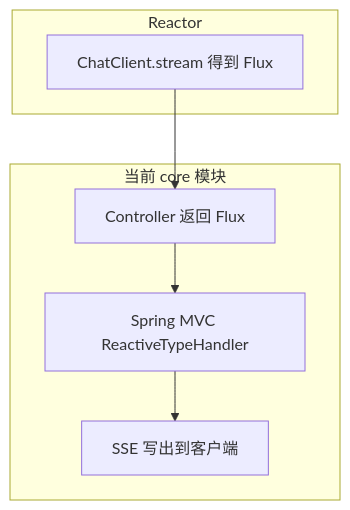
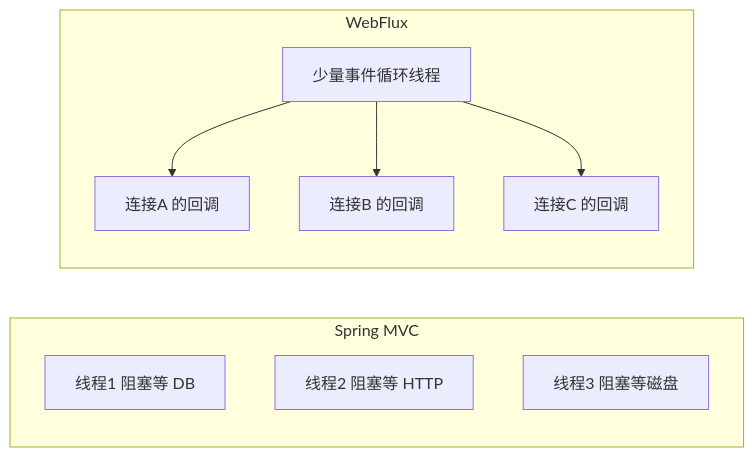
One commit to zhouByte-hub/scorpio-java changed the diagram in scorpio-ai/docs/WebFlux内容.md. Above: the diagram before and after it, drawn with Mermaid. The commit also changed other lines of this file and 7 other files, not shown here.

````diff
--- a/scorpio-ai/docs/WebFlux内容.md
+++ b/scorpio-ai/docs/WebFlux内容.md
@@ -489,13 +239,14 @@
 ```mermaid
-flowchart TB
-    subgraph mvc [当前 core 模块]
-        C[Controller 返回 Flux]
-        R[Spring MVC ReactiveTypeHandler]
-        SSE[SSE 写出到客户端]
-        C --> R --> SSE
+flowchart LR
+    subgraph mvc [Spring MVC]
+        T1[线程1 阻塞等 DB]
+        T2[线程2 阻塞等 HTTP]
+        T3[线程3 阻塞等磁盘]
     end
-    subgraph lib [Reactor]
-        F[ChatClient.stream 得到 Flux]
+    subgraph flux [WebFlux]
+        EL[少量事件循环线程]
+        EL --> A[连接A 的回调]
+        EL --> B[连接B 的回调]
+        EL --> C[连接C 的回调]
     end
-    F --> C
 ```
````
